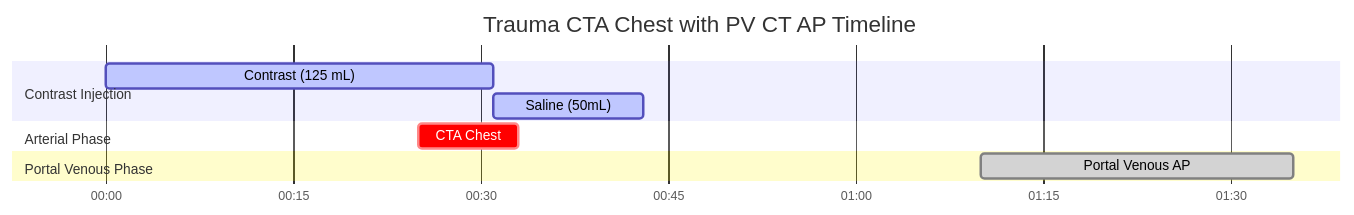
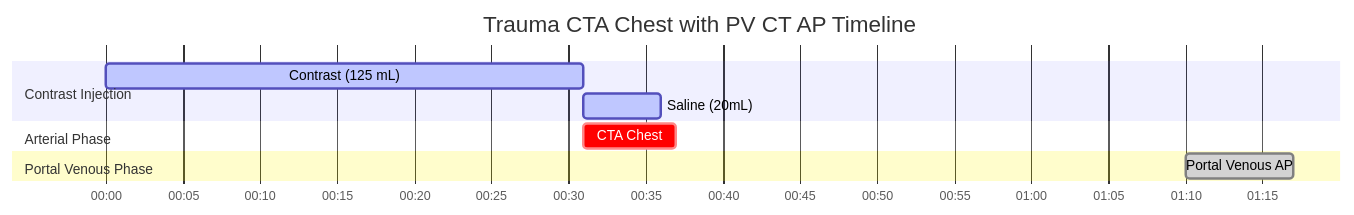
Before and after one commit to dfergs93/radiology-protocols: the diagram in docs/ct/trauma/trauma-cta-chest-with-pv-ct-ap.md, drawn with Mermaid. The commit also changed other lines of this file and 113 other files, not shown here.

````diff
--- a/docs/ct/trauma/trauma-cta-chest-with-pv-ct-ap.md
+++ b/docs/ct/trauma/trauma-cta-chest-with-pv-ct-ap.md
@@ -84,18 +85,18 @@
   ```mermaid
   ---
   config:
     theme: default
   ---
     gantt
       title Trauma CTA Chest with PV CT AP Timeline
       dateFormat mm:ss
       axisFormat %M:%S 
       
       section Contrast Injection
       Contrast (125 mL)    :active, contrast, 00:00, 31s
-      Saline (50mL)          :active, saline, after contrast, 12s
+      Saline (20mL)          :active, saline, after contrast, 5s
       section Arterial Phase
-      CTA Chest    :crit, scan1, 00:25, 8s
+      CTA Chest    :crit, scan1, after contrast, 6s
       section Portal Venous Phase
-      Portal Venous AP    :done, scan2, 01:10, 25s
+      Portal Venous AP    :done, scan2, 01:10, 7s
   ```
````
